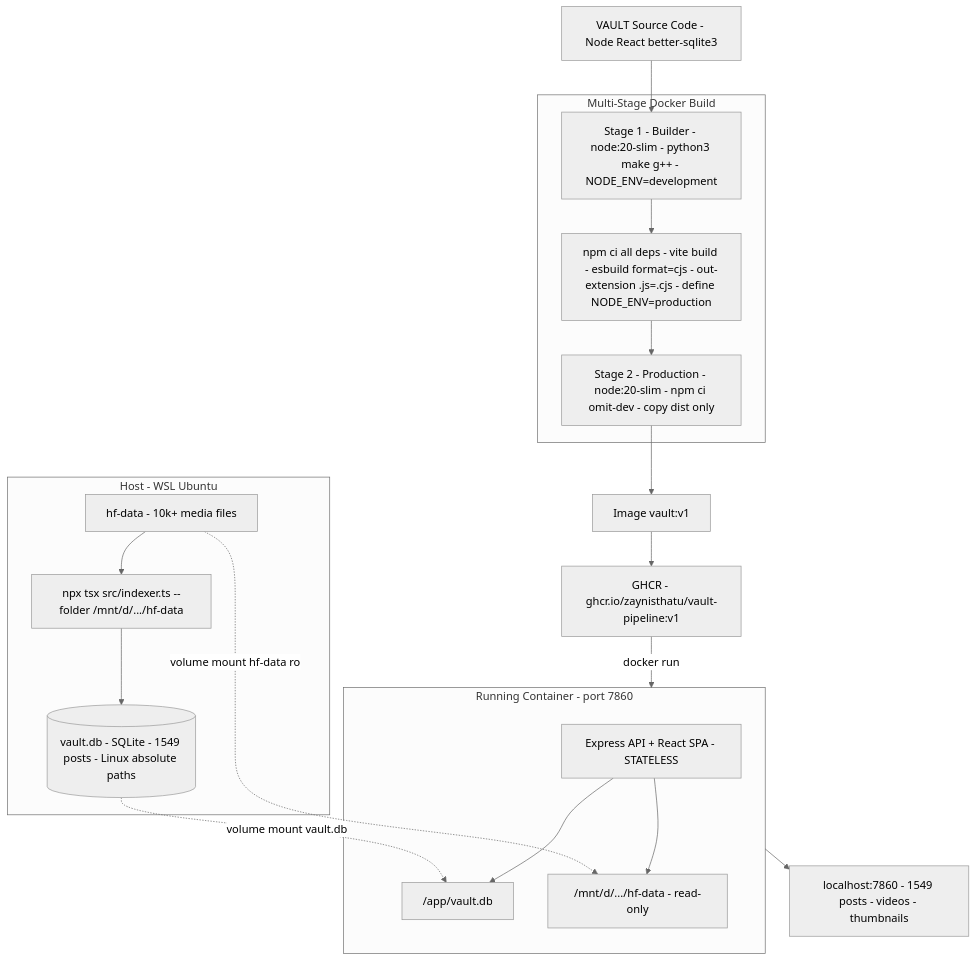
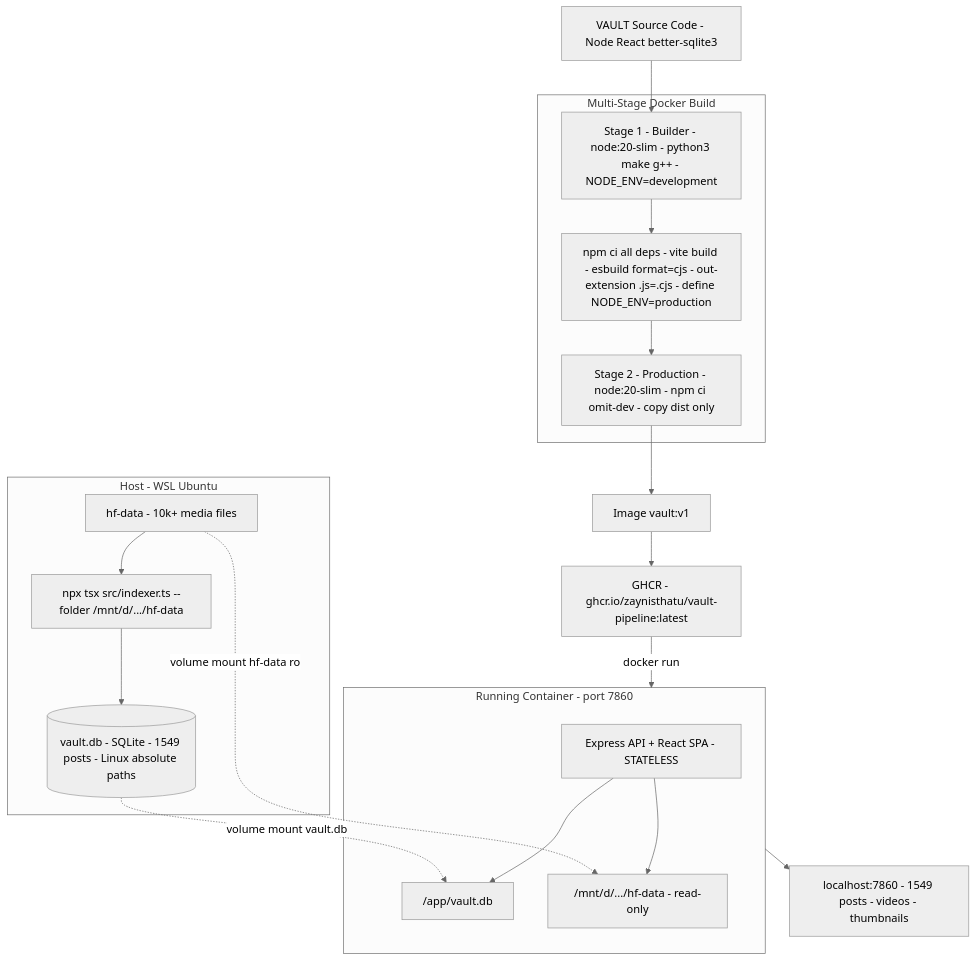
One commit to zaynisthatu/vault-pipeline changed the first of 7 diagrams in docs/stage-1-containerization.md. Above: the diagram before and after it, drawn with Mermaid (neutral theme). The commit also changed other lines of this file, not shown here.

Commit message:
docs: sync image tag references to :latest (was stale :v1)

````diff
--- a/docs/stage-1-containerization.md
+++ b/docs/stage-1-containerization.md
@@ -11,31 +11,31 @@
 ```mermaid
 flowchart TD
     A["VAULT Source Code - Node React better-sqlite3"] --> B
 
     subgraph BUILD ["Multi-Stage Docker Build"]
         B["Stage 1 - Builder - node:20-slim - python3 make g++ - NODE_ENV=development"]
         B --> C["npm ci all deps - vite build - esbuild format=cjs - out-extension .js=.cjs - define NODE_ENV=production"]
         C --> D["Stage 2 - Production - node:20-slim - npm ci omit-dev - copy dist only"]
     end
 
     D --> E["Image vault:v1"]
-    E --> F["GHCR - ghcr.io/zaynisthatu/vault-pipeline:v1"]
+    E --> F["GHCR - ghcr.io/zaynisthatu/vault-pipeline:latest"]
 
     subgraph HOST ["Host - WSL Ubuntu"]
         G["hf-data - 10k+ media files"] --> H["npx tsx src/indexer.ts --folder /mnt/d/.../hf-data"]
         H --> I[("vault.db - SQLite - 1549 posts - Linux absolute paths")]
     end
 
     subgraph CONTAINER ["Running Container - port 7860"]
         J["Express API + React SPA - STATELESS"]
         K["/app/vault.db"]
         L["/mnt/d/.../hf-data - read-only"]
         J --> K
         J --> L
     end
 
     F -->|docker run| CONTAINER
     I -.->|volume mount vault.db| K
     G -.->|volume mount hf-data ro| L
     CONTAINER --> M["localhost:7860 - 1549 posts - videos - thumbnails"]
 ```
````
